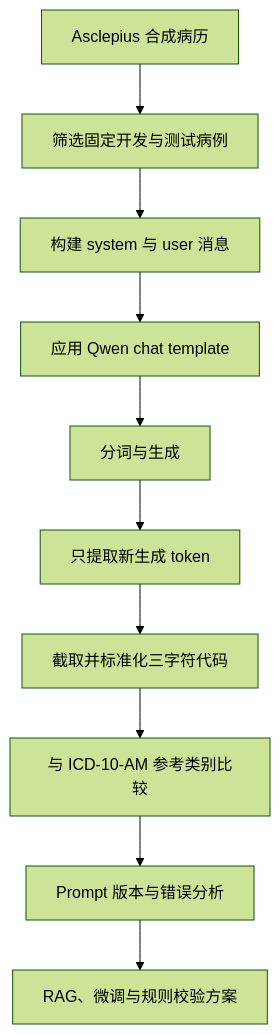
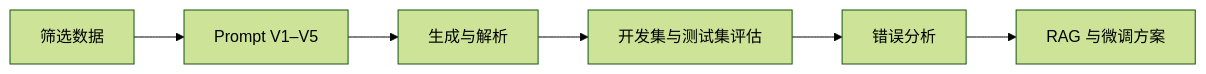
The first of 2 diagrams in projects/icd-coding.zh-CN.md (Kandasorat/Kandasorat), drawn with Mermaid (forest theme) before and after one commit. The commit also changed 9 other files, not shown here.

Commit message:
docs: compact project workflow diagrams

````diff
--- a/projects/icd-coding.zh-CN.md
+++ b/projects/icd-coding.zh-CN.md
@@ -20,12 +20,8 @@
 ```mermaid
-flowchart TD
-    A[Asclepius 合成病历] --> B[筛选固定开发与测试病例]
-    B --> C[构建 system 与 user 消息]
-    C --> D[应用 Qwen chat template]
-    D --> E[分词与生成]
-    E --> F[只提取新生成 token]
-    F --> G[截取并标准化三字符代码]
-    G --> H[与 ICD-10-AM 参考类别比较]
-    H --> I[Prompt 版本与错误分析]
-    I --> J[RAG、微调与规则校验方案]
+flowchart LR
+    A[筛选数据] --> B[Prompt V1–V5]
+    B --> C[生成与解析]
+    C --> D[开发集与测试集评估]
+    D --> E[错误分析]
+    E --> F[RAG 与微调方案]
 ```
````
